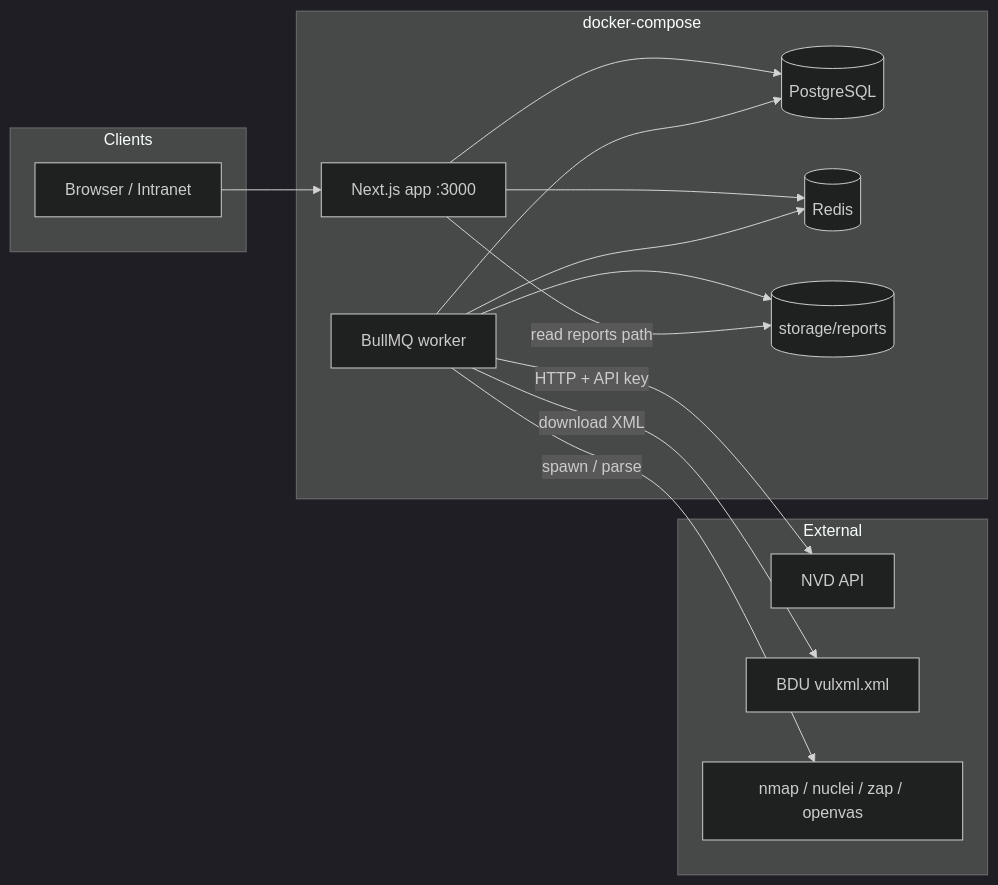
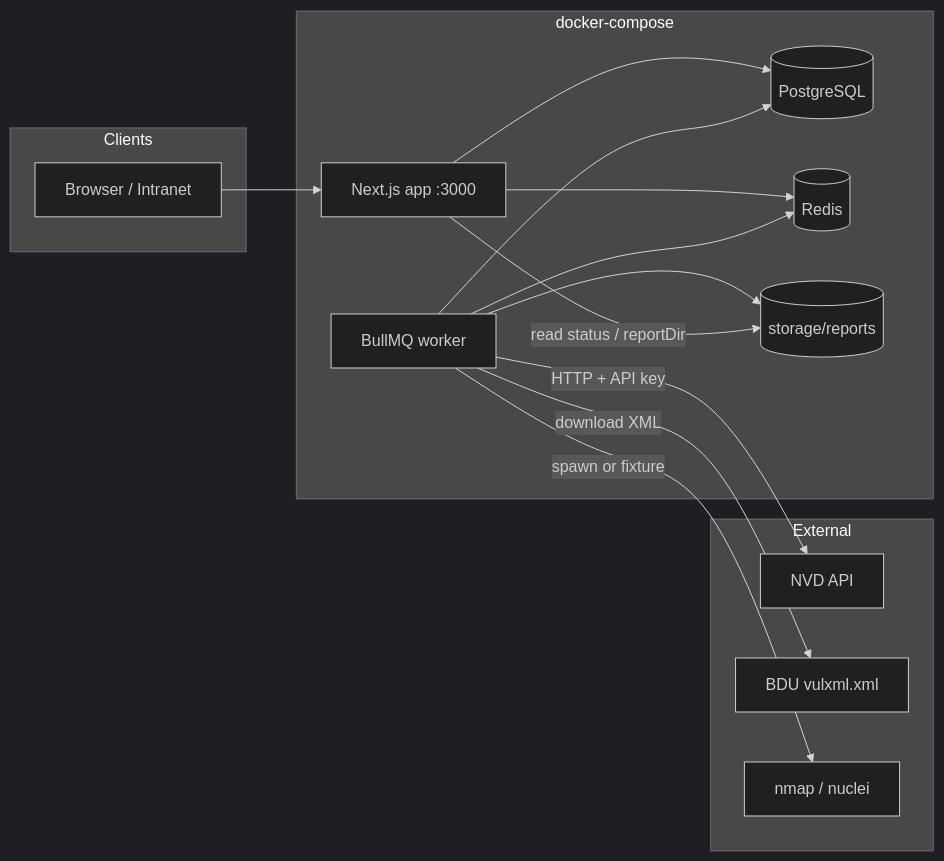
The first of 2 diagrams in docs/architecture/overview.md (DanteALI1/VBXSystem), drawn with Mermaid (dark theme) before and after one commit. The commit also changed other lines of this file and 89 other files, not shown here.

````diff
--- a/docs/architecture/overview.md
+++ b/docs/architecture/overview.md
@@ -17,31 +17,31 @@
 ```mermaid
 flowchart LR
   subgraph Clients
     Browser[Browser / Intranet]
   end
 
   subgraph Compose["docker-compose"]
     App[Next.js app :3000]
     Worker[BullMQ worker]
     PG[(PostgreSQL)]
     Redis[(Redis)]
     Storage[(storage/reports)]
   end
 
   subgraph External
     NVD[NVD API]
     BDU[BDU vulxml.xml]
-    Scanners[nmap / nuclei / zap / openvas]
+    Scanners[nmap / nuclei]
   end
 
   Browser --> App
   App --> PG
   App --> Redis
   Worker --> Redis
   Worker --> PG
   Worker --> Storage
   Worker -->|HTTP + API key| NVD
   Worker -->|download XML| BDU
-  Worker -->|spawn / parse| Scanners
-  App -->|read reports path| Storage
+  Worker -->|spawn or fixture| Scanners
+  App -->|read status / reportDir| Storage
 ```
````
